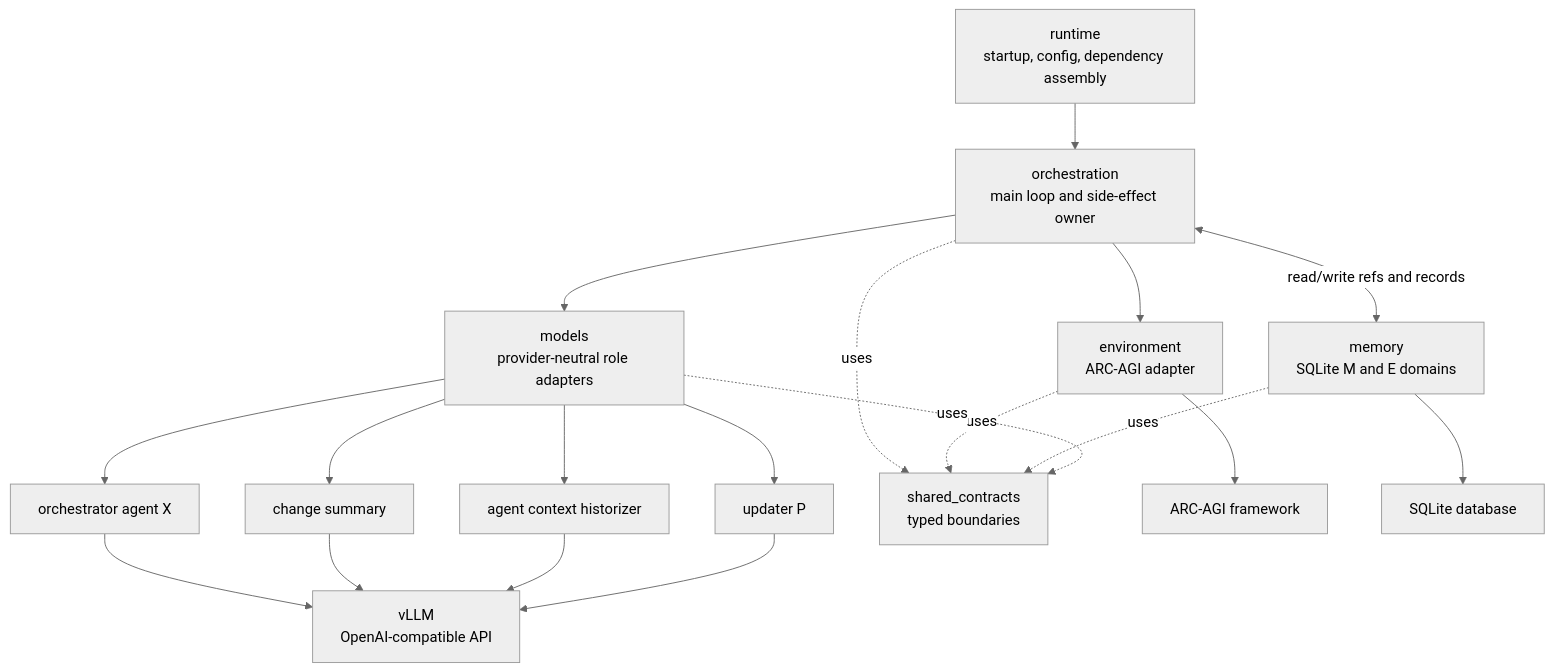
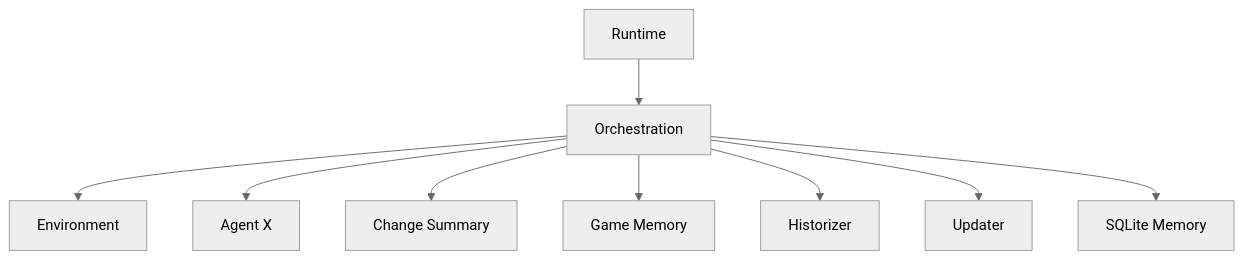
The first of 2 diagrams in doc/architecture/software/diagrams.md (cocomette/artificial-agency), drawn with Mermaid (neutral theme) before and after one commit. The commit also changed other lines of this file and 252 other files, not shown here.

````diff
--- a/doc/architecture/software/diagrams.md
+++ b/doc/architecture/software/diagrams.md
@@ -9,31 +3,11 @@
 ```mermaid
-flowchart TB
-    Runtime["runtime\nstartup, config, dependency assembly"]
-    Orchestration["orchestration\nmain loop and side-effect owner"]
-    Environment["environment\nARC-AGI adapter"]
-    Memory["memory\nSQLite M and E domains"]
-    Models["models\nprovider-neutral role adapters"]
-    Agent["orchestrator agent X"]
-    Change["change summary"]
-    Historizer["agent context historizer"]
-    Updater["updater P"]
-    Contracts["shared_contracts\ntyped boundaries"]
-    ARC["ARC-AGI framework"]
-    SQLite["SQLite database"]
-    VLLM["vLLM\nOpenAI-compatible API"]
-
+flowchart TD
     Runtime --> Orchestration
     Orchestration --> Environment
-    Environment --> ARC
-    Orchestration <-->|read/write refs and records| Memory
-    Memory --> SQLite
-    Orchestration --> Models
-    Models --> Agent --> VLLM
-    Models --> Change --> VLLM
-    Models --> Historizer --> VLLM
-    Models --> Updater --> VLLM
-    Orchestration -. uses .-> Contracts
-    Environment -. uses .-> Contracts
-    Memory -. uses .-> Contracts
-    Models -. uses .-> Contracts
+    Orchestration --> AgentX["Agent X"]
+    Orchestration --> Change["Change Summary"]
+    Orchestration --> MemoryRole["Game Memory"]
+    Orchestration --> Historizer
+    Orchestration --> Updater
+    Orchestration --> SQLite["SQLite Memory"]
 ```
````
